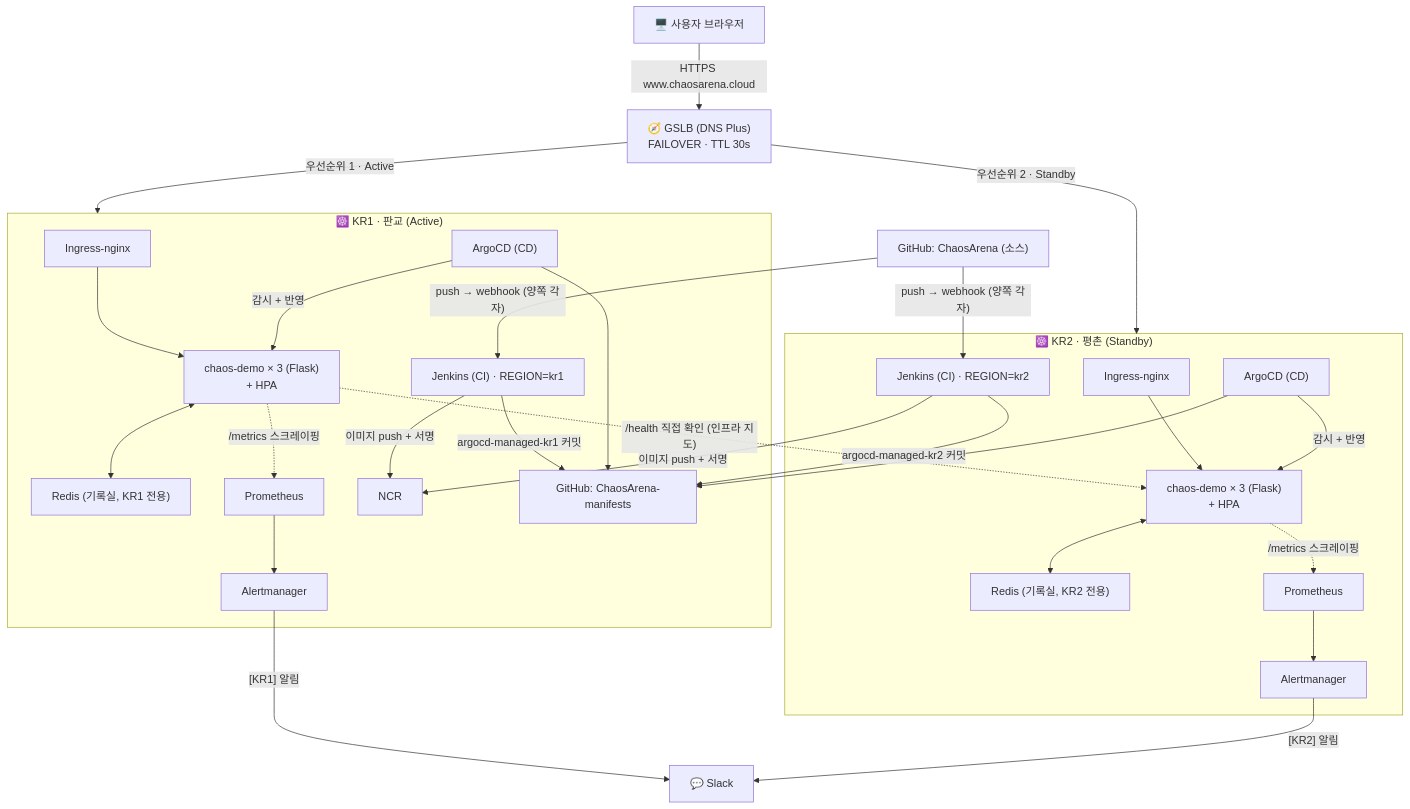
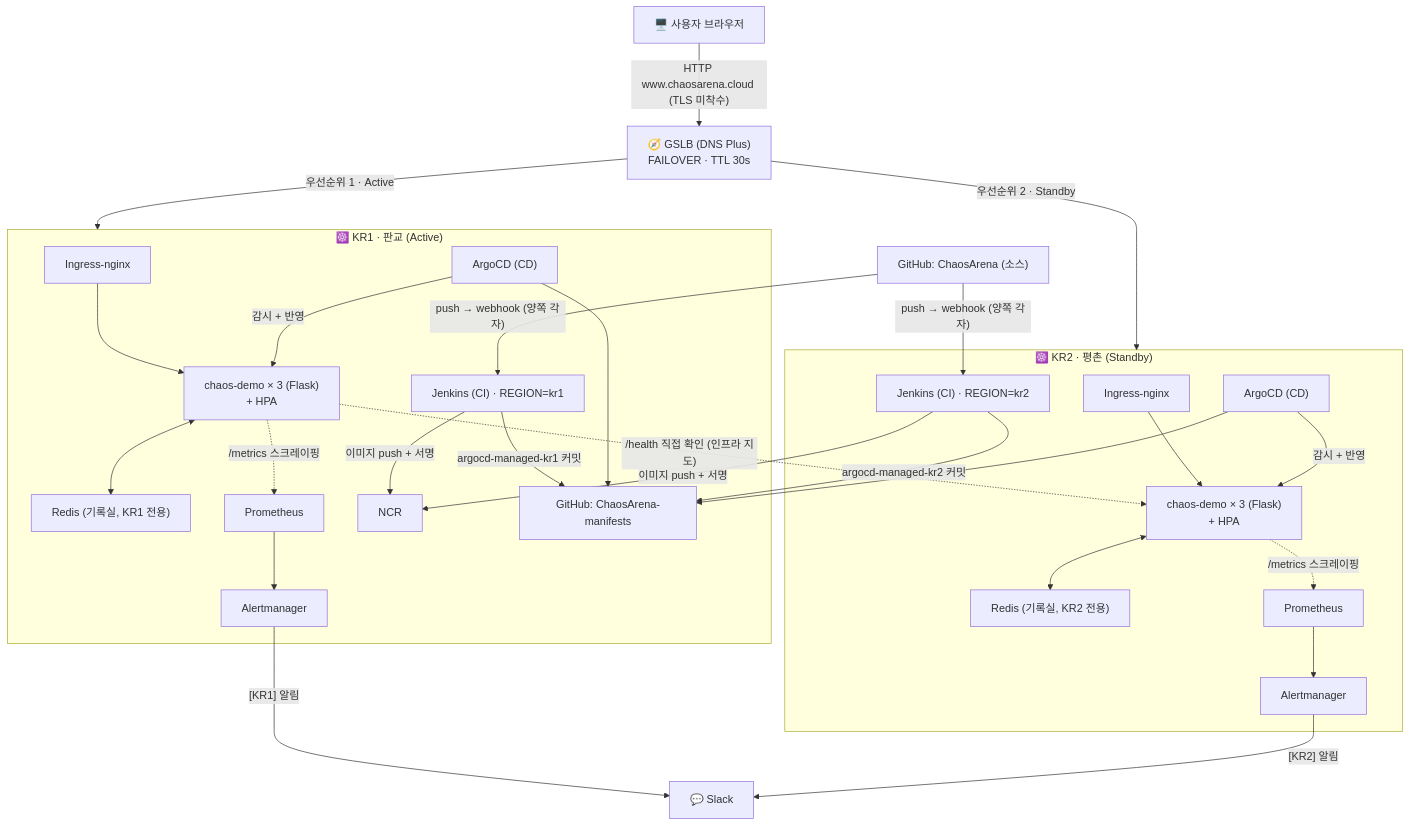
One commit to wonju90/ChaosArena changed the diagram in docs/ARCHITECTURE.md. Above: the diagram before and after it, drawn with Mermaid. The commit also changed 3 other files, not shown here.

First line of the commit message:
Fix GSLB_PUBLIC_URL: site is plain HTTP, not HTTPS yet

````diff
--- a/docs/ARCHITECTURE.md
+++ b/docs/ARCHITECTURE.md
@@ -17,34 +17,34 @@
 ```mermaid
 flowchart TB
-    User["🖥️ 사용자 브라우저"] -->|"HTTPS www.chaosarena.cloud"| GSLB["🧭 GSLB (DNS Plus)<br/>FAILOVER · TTL 30s"]
+    User["🖥️ 사용자 브라우저"] -->|"HTTP www.chaosarena.cloud (TLS 미착수)"| GSLB["🧭 GSLB (DNS Plus)<br/>FAILOVER · TTL 30s"]
     GSLB -->|"우선순위 1 · Active"| KR1
     GSLB -->|"우선순위 2 · Standby"| KR2
 
     subgraph KR1 ["☸️ KR1 · 판교 (Active)"]
         Ingress1["Ingress-nginx"] --> Pods1["chaos-demo × 3 (Flask)<br/>+ HPA"]
         Pods1 <--> Redis1["Redis (기록실, KR1 전용)"]
         Pods1 -.->|"/metrics 스크레이핑"| Prom1["Prometheus"]
         Prom1 --> Alertmgr1["Alertmanager"]
         Jenkins1["Jenkins (CI) · REGION=kr1"] -->|"이미지 push + 서명"| NCR
         Jenkins1 -->|"argocd-managed-kr1 커밋"| ManifestsRepo
         ArgoCD1["ArgoCD (CD)"] -->|"감시 + 반영"| Pods1
         ArgoCD1 --> ManifestsRepo
     end
 
     subgraph KR2 ["☸️ KR2 · 평촌 (Standby)"]
         Ingress2["Ingress-nginx"] --> Pods2["chaos-demo × 3 (Flask)<br/>+ HPA"]
         Pods2 <--> Redis2["Redis (기록실, KR2 전용)"]
         Pods2 -.->|"/metrics 스크레이핑"| Prom2["Prometheus"]
         Prom2 --> Alertmgr2["Alertmanager"]
         Jenkins2["Jenkins (CI) · REGION=kr2"] -->|"이미지 push + 서명"| NCR["NCR"]
         Jenkins2 -->|"argocd-managed-kr2 커밋"| ManifestsRepo["GitHub: ChaosArena-manifests"]
         ArgoCD2["ArgoCD (CD)"] -->|"감시 + 반영"| Pods2
         ArgoCD2 --> ManifestsRepo
     end
 
     Pods1 -.->|"/health 직접 확인 (인프라 지도)"| Pods2
     SourceRepo["GitHub: ChaosArena (소스)"] -->|"push → webhook (양쪽 각자)"| Jenkins1
     SourceRepo -->|"push → webhook (양쪽 각자)"| Jenkins2
     Alertmgr1 -->|"[KR1] 알림"| Slack["💬 Slack"]
     Alertmgr2 -->|"[KR2] 알림"| Slack
 ```
````
